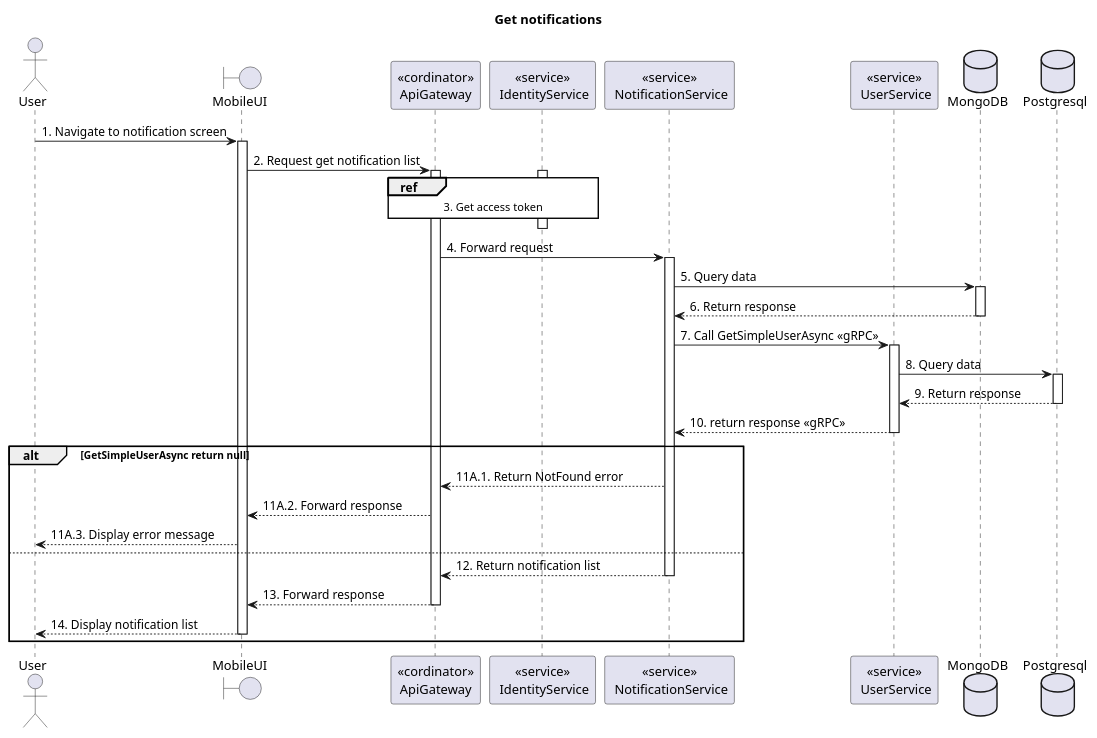
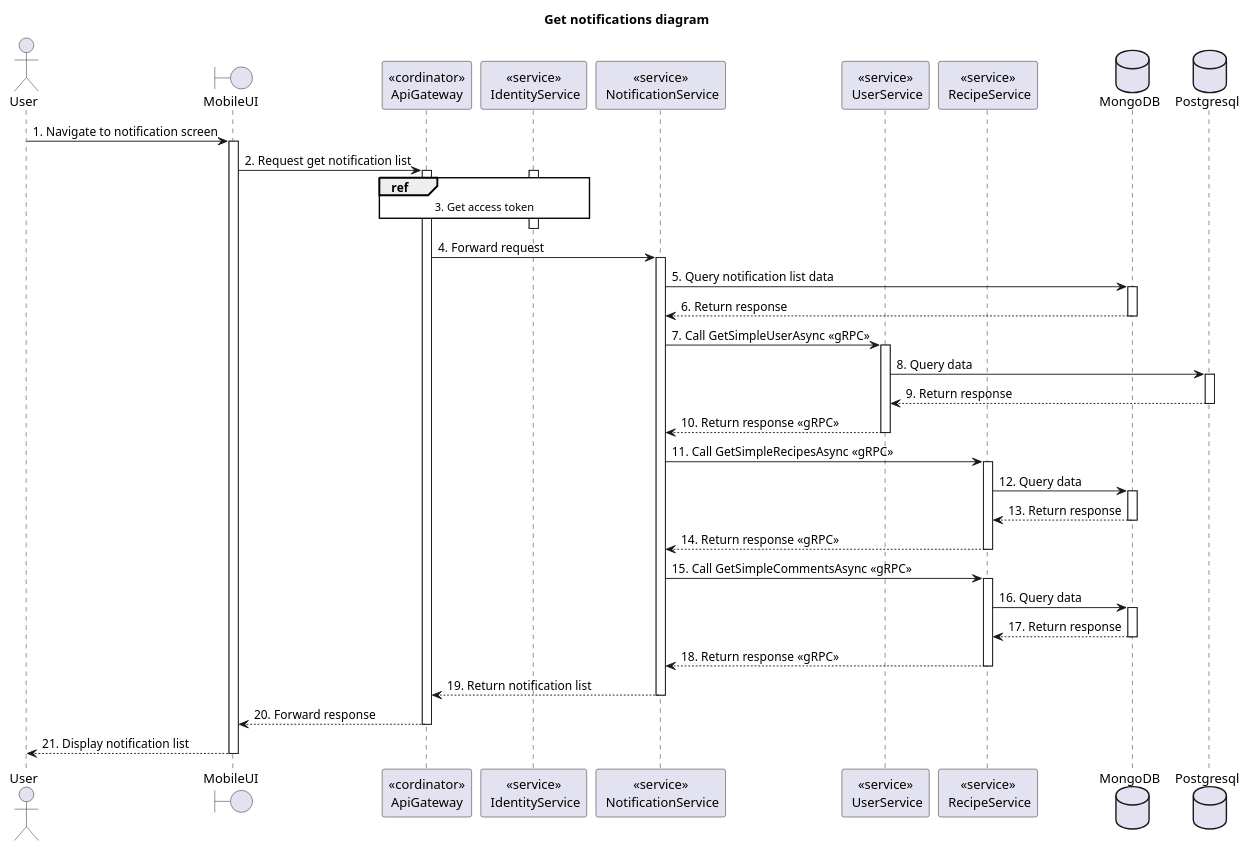
One commit to Carl-Johnsons/tastopia changed the diagram in doc/SDS/Notification/Get Notifications/Sequence.plantuml. Above: the diagram before and after it, drawn with PlantUML. The commit also changed 16 other files, not shown here.

Commit message:
doc: add some notification class diagram

```diff
--- a/doc/SDS/Notification/Get Notifications/Sequence.plantuml
+++ b/doc/SDS/Notification/Get Notifications/Sequence.plantuml
@@ -1,49 +1,55 @@
 @startuml Sequence
-title "Get notifications"
+title "Get notifications diagram"
 
 ' Style section
 <style>
   sequenceDiagram {
     reference {
       BackGroundColor white
     }
 }
 </style>
 
 actor User
 boundary MobileUI
 participant "<<cordinator>>\nApiGateway" as ApiGateway
 participant "<<service>>\n IdentityService" as IdentityService
 participant "<<service>>\n NotificationService" as NotificationService
 participant "<<service>>\n UserService" as UserService
+participant "<<service>>\n RecipeService" as RecipeService
 database MongoDB
 database Postgresql
 
 User -> MobileUI ++: 1. Navigate to notification screen
 MobileUI -> ApiGateway ++: 2. Request get notification list
 
 activate IdentityService
 ref over ApiGateway, IdentityService: 3. Get access token
 ApiGateway -[hidden]-> IdentityService
 deactivate IdentityService
 
 ApiGateway -> NotificationService ++: 4. Forward request
 
-NotificationService -> MongoDB++: 5. Query data
+NotificationService -> MongoDB++: 5. Query notification list data
 NotificationService <-- MongoDB--: 6. Return response
 
 NotificationService -> UserService++ : 7. Call GetSimpleUserAsync <<gRPC>> 
 UserService -> Postgresql++ : 8. Query data 
 UserService <-- Postgresql-- : 9. Return response
-NotificationService <-- UserService-- : 10. return response <<gRPC>> 
+NotificationService <-- UserService-- : 10. Return response <<gRPC>> 
 
-alt GetSimpleUserAsync return null
-  ApiGateway <-- NotificationService: 11A.1. Return NotFound error
-  MobileUI <-- ApiGateway: 11A.2. Forward response
-  User <-- MobileUI: 11A.3. Display error message
-else
-  ApiGateway <-- NotificationService--: 12. Return notification list
-  MobileUI <-- ApiGateway--: 13. Forward response
-  User <-- MobileUI--: 14. Display notification list
-end alt
+NotificationService -> RecipeService++ : 11. Call GetSimpleRecipesAsync <<gRPC>> 
+RecipeService -> MongoDB++ : 12. Query data 
+RecipeService <-- MongoDB-- : 13. Return response
+NotificationService <-- RecipeService-- : 14. Return response <<gRPC>> 
+
+NotificationService -> RecipeService++ : 15. Call GetSimpleCommentsAsync <<gRPC>> 
+RecipeService -> MongoDB++ : 16. Query data 
+RecipeService <-- MongoDB-- : 17. Return response
+NotificationService <-- RecipeService-- : 18. Return response <<gRPC>> 
+
+ApiGateway <-- NotificationService--: 19. Return notification list
+MobileUI <-- ApiGateway--: 20. Forward response
+User <-- MobileUI--: 21. Display notification list
+
 @enduml
```
